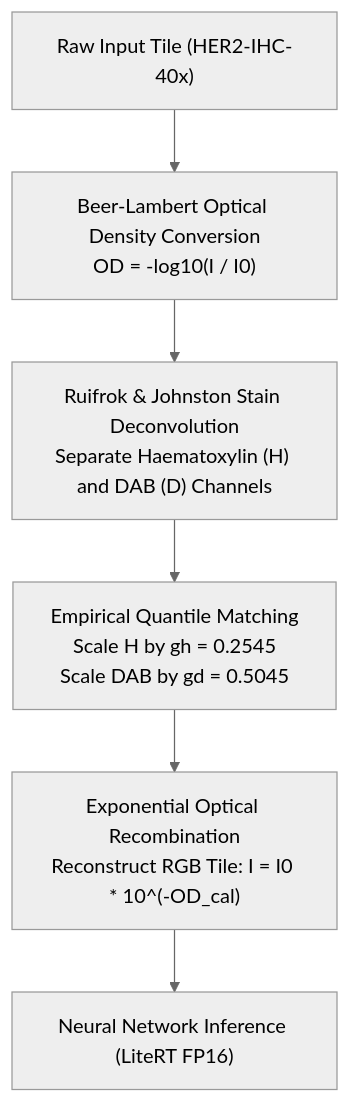
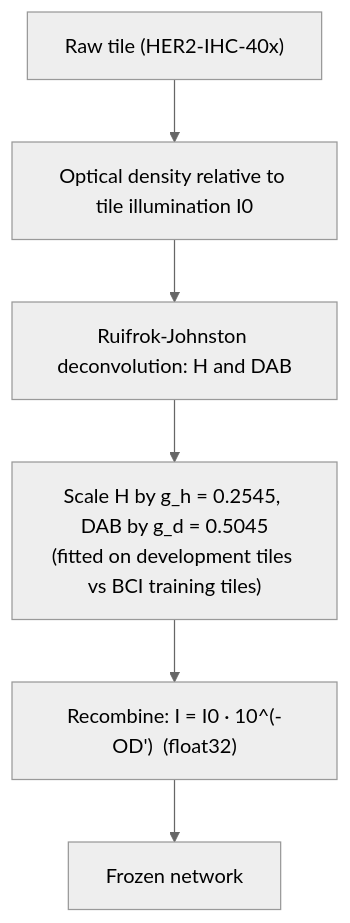
The third of 3 diagrams in FYP3_FINAL_REPORT.md (Dhaneswarareddy/HER2-Edge-Classification), drawn with Mermaid (neutral theme) before and after one commit. The commit also changed other lines of this file and 248 other files, not shown here.

````diff
--- a/FYP3_FINAL_REPORT.md
+++ b/FYP3_FINAL_REPORT.md
@@ -304,8 +403,8 @@
 ```mermaid
 flowchart TD
-    A["Raw Input Tile (HER2-IHC-40x)"] --> B["Beer-Lambert Optical Density Conversion<br/>OD = -log10(I / I0)"]
-    B --> C["Ruifrok & Johnston Stain Deconvolution<br/>Separate Haematoxylin (H) and DAB (D) Channels"]
-    C --> D["Empirical Quantile Matching<br/>Scale H by gh = 0.2545<br/>Scale DAB by gd = 0.5045"]
-    D --> E["Exponential Optical Recombination<br/>Reconstruct RGB Tile: I = I0 * 10^(-OD_cal)"]
-    E --> F["Neural Network Inference (LiteRT FP16)"]
+    A["Raw tile (HER2-IHC-40x)"] --> B["Optical density relative to tile illumination I0"]
+    B --> C["Ruifrok-Johnston deconvolution: H and DAB"]
+    C --> D["Scale H by g_h = 0.2545, DAB by g_d = 0.5045<br/>(fitted on development tiles vs BCI training tiles)"]
+    D --> E["Recombine: I = I0 · 10^(-OD')  (float32)"]
+    E --> F["Frozen network"]
 ```
````
